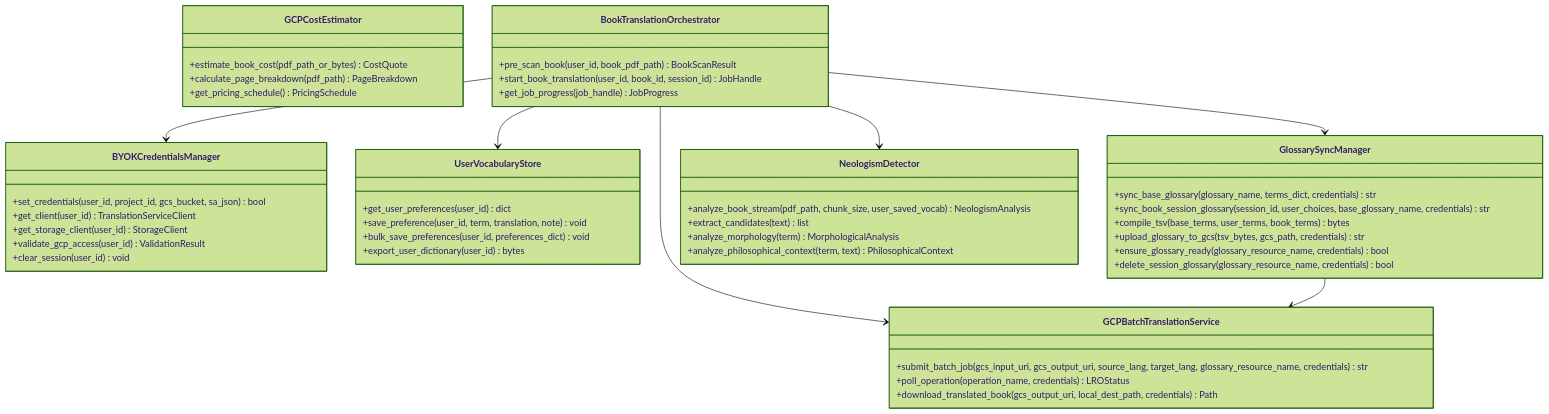
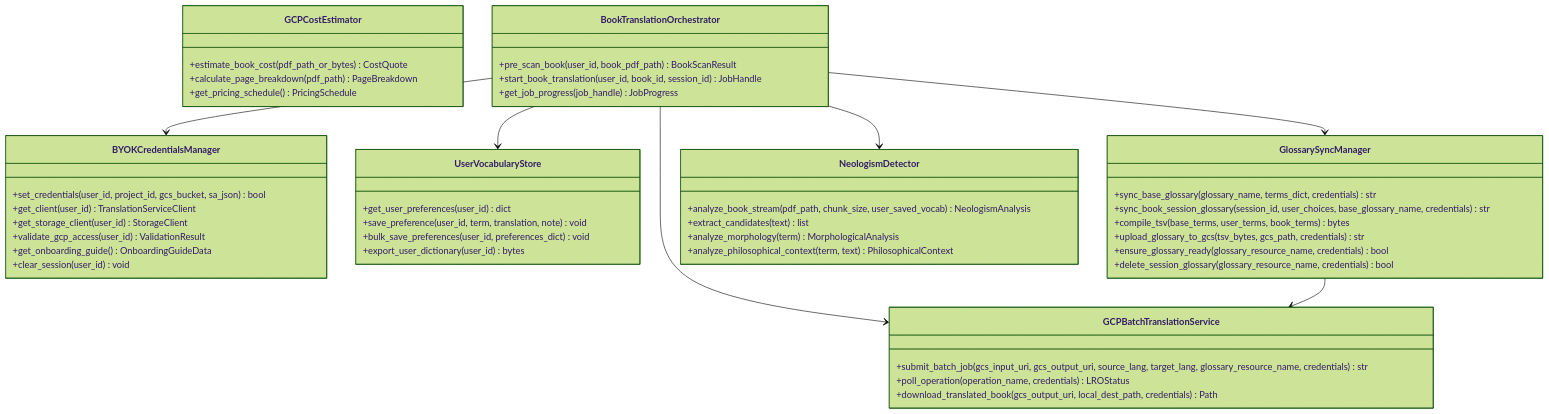
One commit to JAaron93/PhenomenalLayout changed the second of 3 diagrams in spec/gcp-migration/design.md. Above: the diagram before and after it, drawn with Mermaid (forest theme). The commit also changed other lines of this file and 2 other files, not shown here.

First line of the commit message:
docs(spec): add interactive GCP onboarding walkthrough modal to spec suite

````diff
--- a/spec/gcp-migration/design.md
+++ b/spec/gcp-migration/design.md
@@ -140,58 +175,59 @@
 ```mermaid
 classDiagram
     class GCPCostEstimator {
         +estimate_book_cost(pdf_path_or_bytes) CostQuote
         +calculate_page_breakdown(pdf_path) PageBreakdown
         +get_pricing_schedule() PricingSchedule
     }
 
     class BYOKCredentialsManager {
         +set_credentials(user_id, project_id, gcs_bucket, sa_json) bool
         +get_client(user_id) TranslationServiceClient
         +get_storage_client(user_id) StorageClient
         +validate_gcp_access(user_id) ValidationResult
+        +get_onboarding_guide() OnboardingGuideData
         +clear_session(user_id) void
     }
 
     class UserVocabularyStore {
         +get_user_preferences(user_id) dict
         +save_preference(user_id, term, translation, note) void
         +bulk_save_preferences(user_id, preferences_dict) void
         +export_user_dictionary(user_id) bytes
     }
 
     class GCPBatchTranslationService {
         +submit_batch_job(gcs_input_uri, gcs_output_uri, source_lang, target_lang, glossary_resource_name, credentials) str
         +poll_operation(operation_name, credentials) LROStatus
         +download_translated_book(gcs_output_uri, local_dest_path, credentials) Path
     }
 
     class GlossarySyncManager {
         +sync_base_glossary(glossary_name, terms_dict, credentials) str
         +sync_book_session_glossary(session_id, user_choices, base_glossary_name, credentials) str
         +compile_tsv(base_terms, user_terms, book_terms) bytes
         +upload_glossary_to_gcs(tsv_bytes, gcs_path, credentials) str
         +ensure_glossary_ready(glossary_resource_name, credentials) bool
         +delete_session_glossary(glossary_resource_name, credentials) bool
     }
 
     class NeologismDetector {
         +analyze_book_stream(pdf_path, chunk_size, user_saved_vocab) NeologismAnalysis
         +extract_candidates(text) list
         +analyze_morphology(term) MorphologicalAnalysis
         +analyze_philosophical_context(term, text) PhilosophicalContext
     }
 
     class BookTranslationOrchestrator {
         +pre_scan_book(user_id, book_pdf_path) BookScanResult
         +start_book_translation(user_id, book_id, session_id) JobHandle
         +get_job_progress(job_handle) JobProgress
     }
 
     BookTranslationOrchestrator --> BYOKCredentialsManager
     BookTranslationOrchestrator --> UserVocabularyStore
     BookTranslationOrchestrator --> NeologismDetector
     BookTranslationOrchestrator --> GlossarySyncManager
     BookTranslationOrchestrator --> GCPBatchTranslationService
     GlossarySyncManager --> GCPBatchTranslationService
 ```
````
